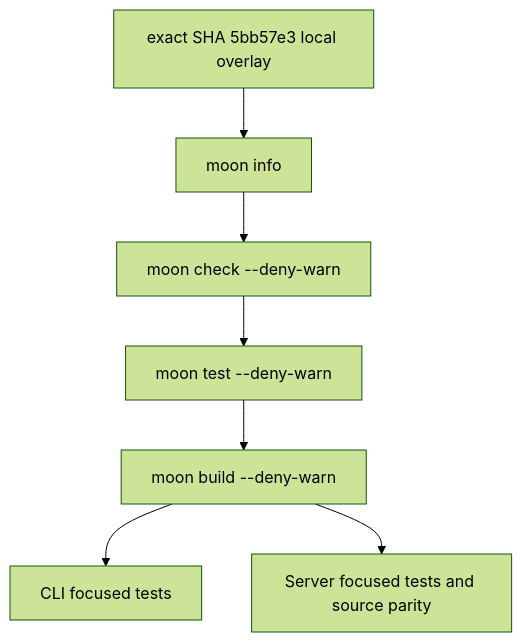
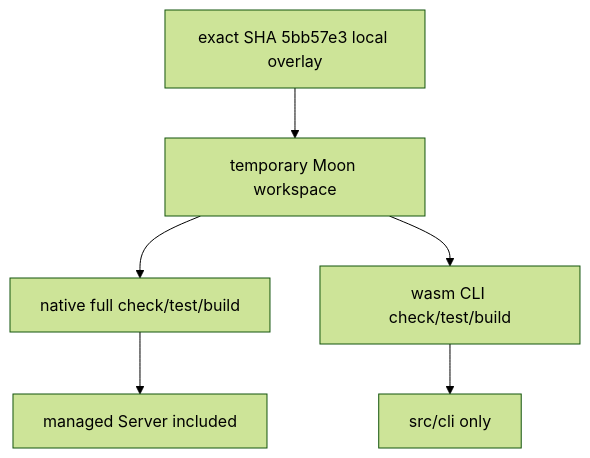
The second of 2 diagrams in README.mbt.md (totto2727-org/opencode-sdk), drawn with Mermaid (forest theme) before and after one commit. The commit also changed other lines of this file and 3 other files, not shown here.

Commit message:
feat(targets): validate OpenCode CLI on Wasm

````diff
--- a/README.mbt.md
+++ b/README.mbt.md
@@ -79,9 +89,8 @@
 ```mermaid
 flowchart TD
-  A[exact SHA 5bb57e3 local overlay] --> B[moon info]
-  B --> C[moon check --deny-warn]
-  C --> D[moon test --deny-warn]
-  D --> E[moon build --deny-warn]
-  E --> F[CLI focused tests]
-  E --> G[Server focused tests and source parity]
+  A[exact SHA 5bb57e3 local overlay] --> B[temporary Moon workspace]
+  B --> C[native full check/test/build]
+  C --> D[managed Server included]
+  B --> E[wasm CLI check/test/build]
+  E --> F[src/cli only]
 ```
````
